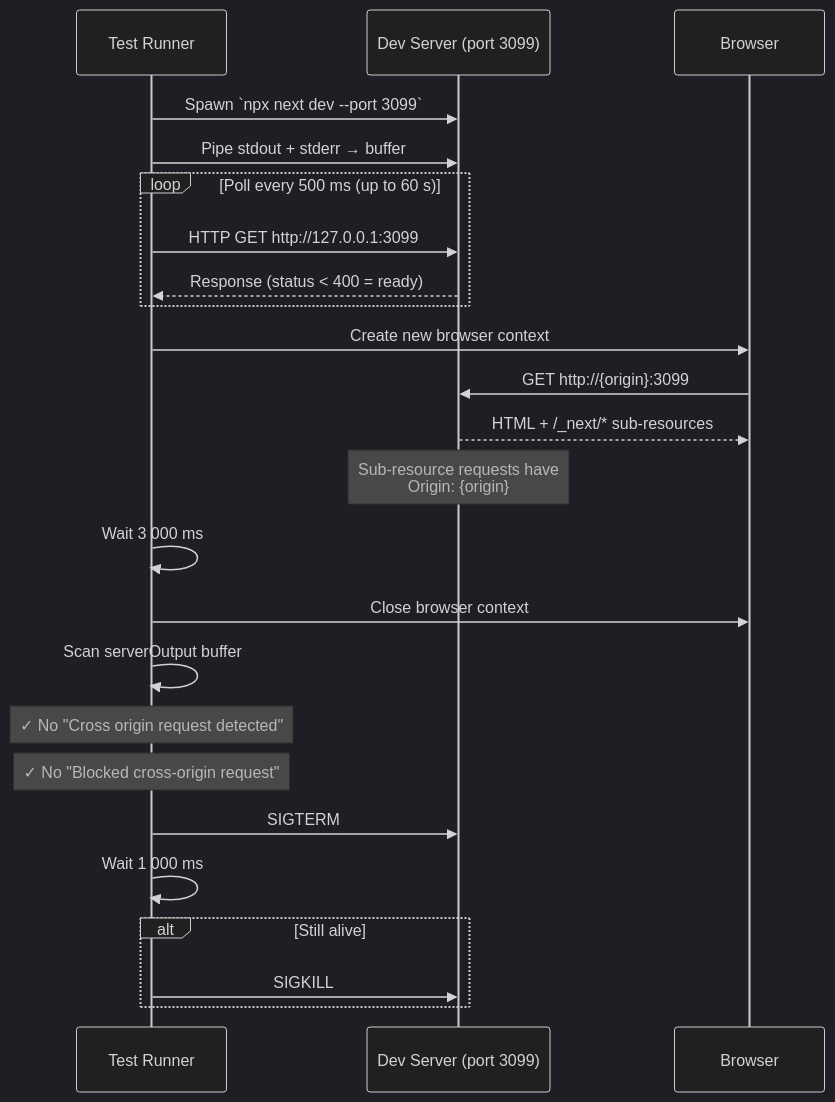
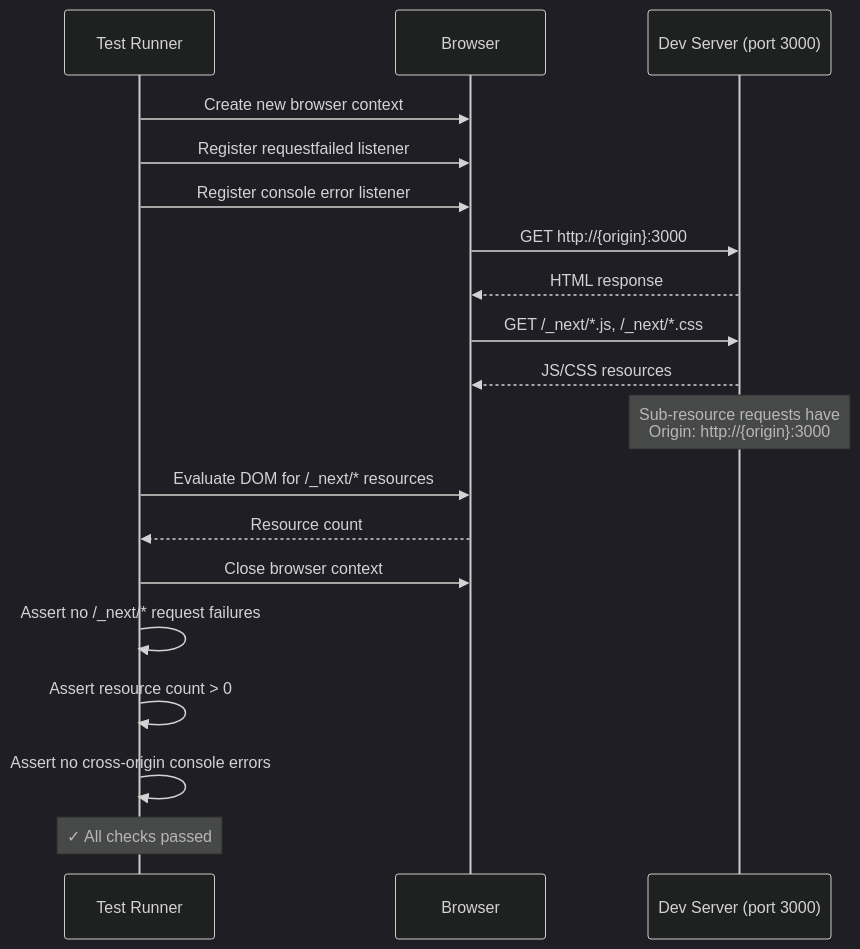
The second of 5 diagrams in tests/integration/cross-origin-warning.md (viscalyx/viscalyx.se), drawn with Mermaid (dark theme) before and after one commit. The commit also changed other lines of this file, not shown here.

Commit message:
fix: update cross-origin warning integration tests to use Playwright-managed server and improve resource validation

````diff
--- a/tests/integration/cross-origin-warning.md
+++ b/tests/integration/cross-origin-warning.md
@@ -94,33 +90,26 @@
 ```mermaid
 sequenceDiagram
     participant T as Test Runner
-    participant S as Dev Server (port 3099)
     participant B as Browser
-
-    T->>S: Spawn `npx next dev --port 3099`
-    T->>S: Pipe stdout + stderr → buffer
-
-    loop Poll every 500 ms (up to 60 s)
-        T->>S: HTTP GET http://127.0.0.1:3099
-        S-->>T: Response (status < 400 = ready)
-    end
+    participant S as Dev Server (port 3000)
 
     T->>B: Create new browser context
-    B->>S: GET http://{origin}:3099
-    S-->>B: HTML + /_next/* sub-resources
-    Note over S: Sub-resource requests have<br/>Origin: {origin}
+    T->>B: Register requestfailed listener
+    T->>B: Register console error listener
 
-    T->>T: Wait 3 000 ms
+    B->>S: GET http://{origin}:3000
+    S-->>B: HTML response
+    B->>S: GET /_next/*.js, /_next/*.css
+    S-->>B: JS/CSS resources
+    Note over S: Sub-resource requests have<br/>Origin: http://{origin}:3000
+
+    T->>B: Evaluate DOM for /_next/* resources
+    B-->>T: Resource count
 
     T->>B: Close browser context
 
-    T->>T: Scan serverOutput buffer
-    Note over T: ✓ No "Cross origin request detected"
-    Note over T: ✓ No "Blocked cross-origin request"
-
-    T->>S: SIGTERM
-    T->>T: Wait 1 000 ms
-    alt Still alive
-        T->>S: SIGKILL
-    end
+    T->>T: Assert no /_next/* request failures
+    T->>T: Assert resource count > 0
+    T->>T: Assert no cross-origin console errors
+    Note over T: ✓ All checks passed
 ```
````
